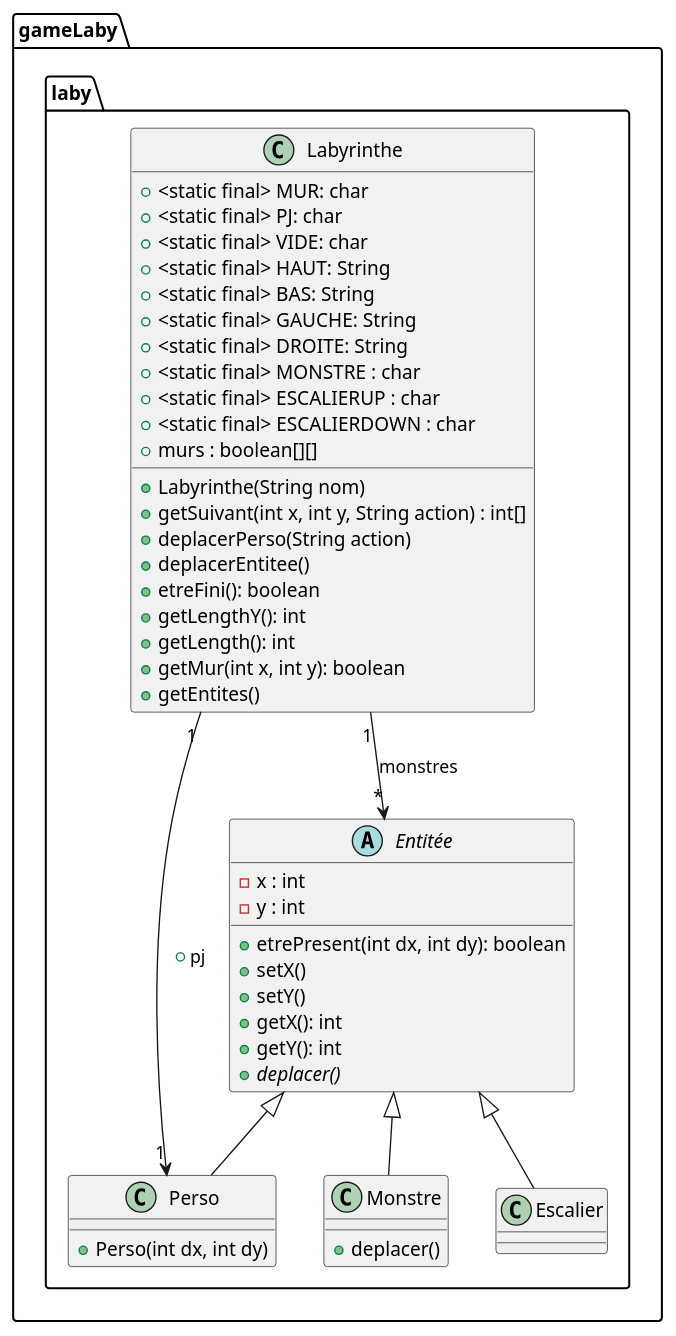
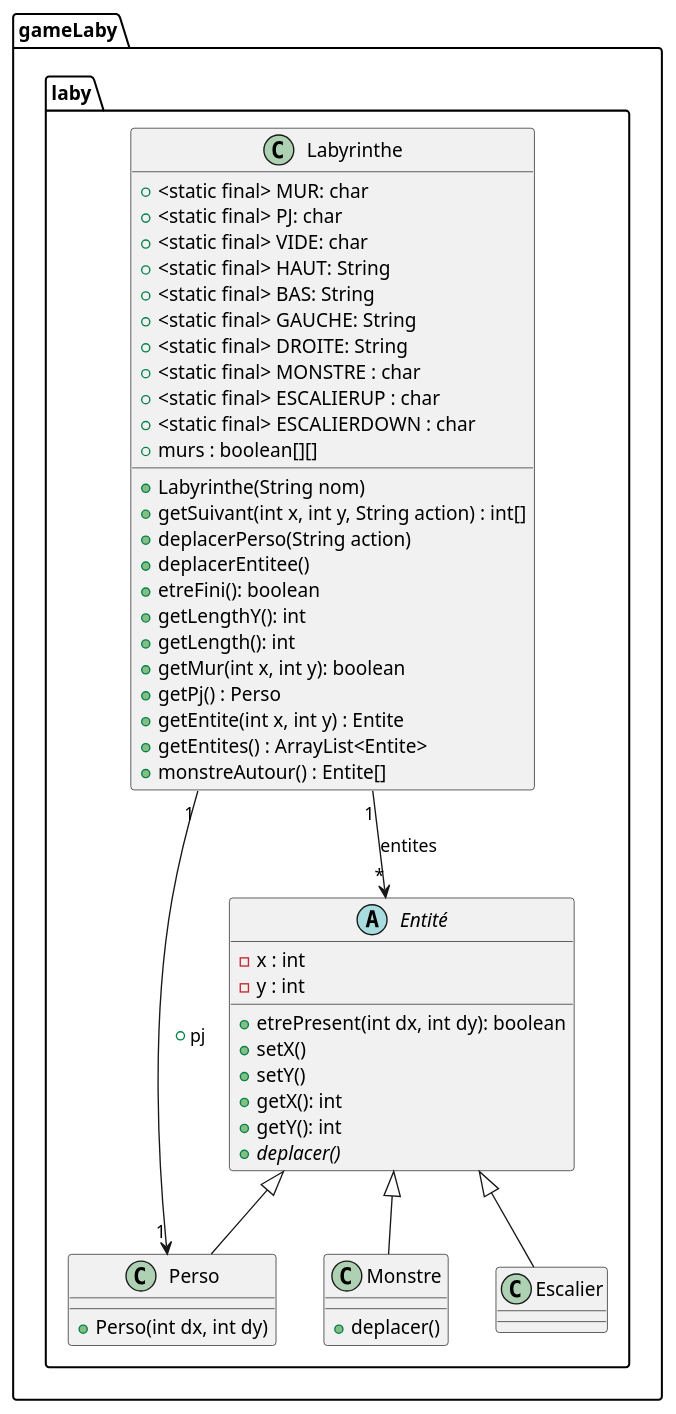
One commit to celie-ponroy/2023_S2.01_Zeldiablo_ponroy_roth_prykhodko_bortolotti changed the diagram in zeldiablo/documents/version_3/diagclass_laby.puml. Above: the diagram before and after it, drawn with PlantUML. The commit also changed 6 other files, not shown here.

```diff
--- a/zeldiablo/documents/version_3/diagclass_laby.puml
+++ b/zeldiablo/documents/version_3/diagclass_laby.puml
@@ -1,51 +1,58 @@
 @startuml
 package gameLaby.laby{
 class Labyrinthe{
 + <static final> MUR: char
 + <static final> PJ: char
 + <static final> VIDE: char
 + <static final> HAUT: String
 + <static final> BAS: String
 + <static final> GAUCHE: String
 + <static final> DROITE: String
 + <static final> MONSTRE : char
 + <static final> ESCALIERUP : char
 + <static final> ESCALIERDOWN : char
 + murs : boolean[][]
 + Labyrinthe(String nom)
 + getSuivant(int x, int y, String action) : int[]
 + deplacerPerso(String action)
 + deplacerEntitee()
 + etreFini(): boolean
 + getLengthY(): int
 + getLength(): int
 + getMur(int x, int y): boolean
-+ getEntites()
++ getPj() : Perso
++ getEntite(int x, int y) : Entite
++ getEntites() : ArrayList<Entite>
++ monstreAutour() : Entite[]
+}
 
-}
 class Perso{
 +Perso(int dx, int dy)
 }
-Abstract class Entitée{
+
+Abstract class Entité{
 - x : int
 - y : int
 + etrePresent(int dx, int dy): boolean
 +setX()
 +setY()
 +getX(): int
 +getY(): int
 +{abstract}deplacer()
 }
+
 class Monstre{
 +deplacer()
 }
+
 class Escalier{
 
 }
-}
-Labyrinthe "1" --> "*" Entitée : monstres
+
+Labyrinthe "1" --> "*" Entité : entites
 Labyrinthe "1" --> "1" Perso : + pj
-Entitée <|-- Monstre
-Entitée <|-- Perso
-Entitée <|-- Escalier
+Entité <|-- Monstre
+Entité <|-- Perso
+Entité <|-- Escalier
+
 @enduml
```
